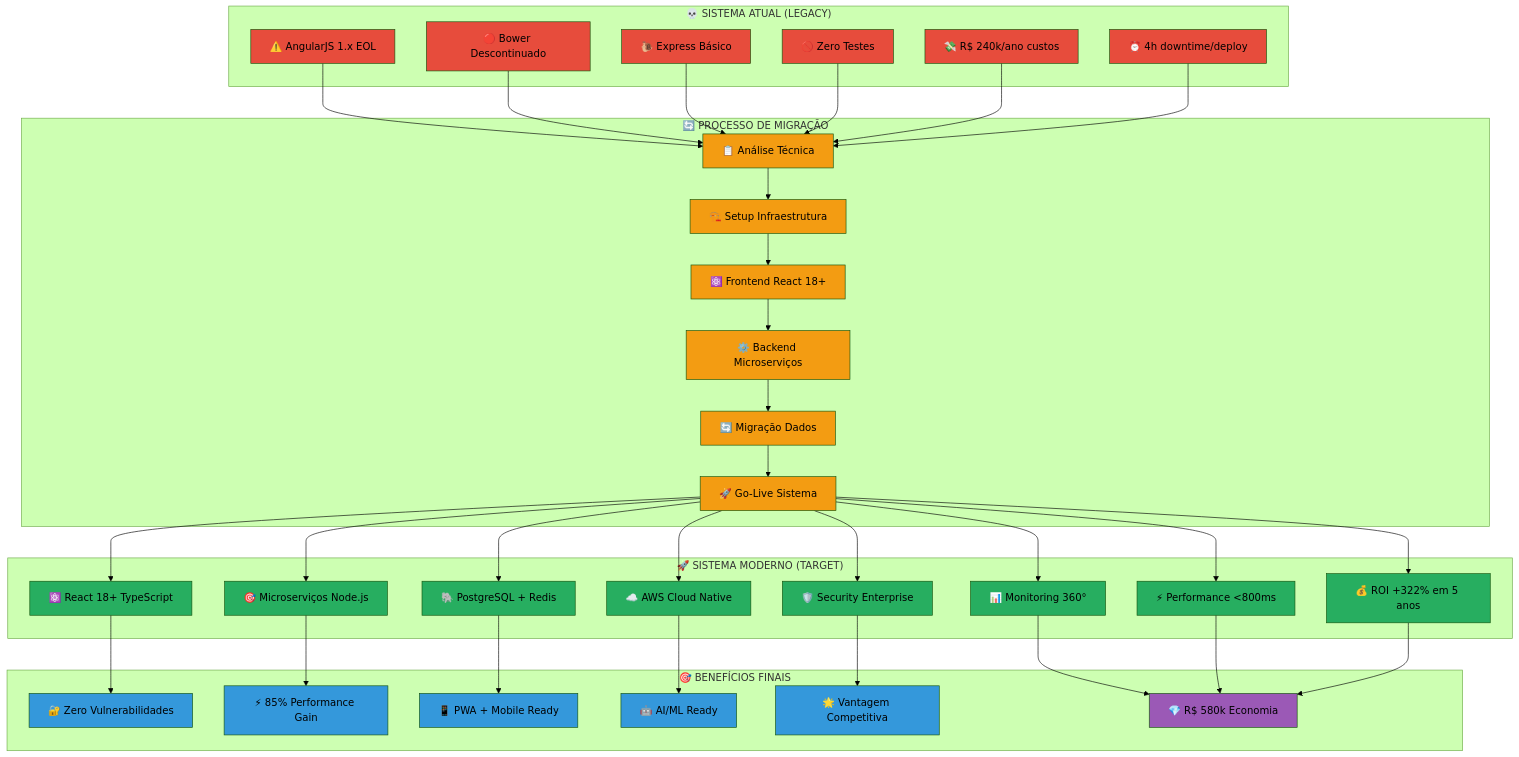
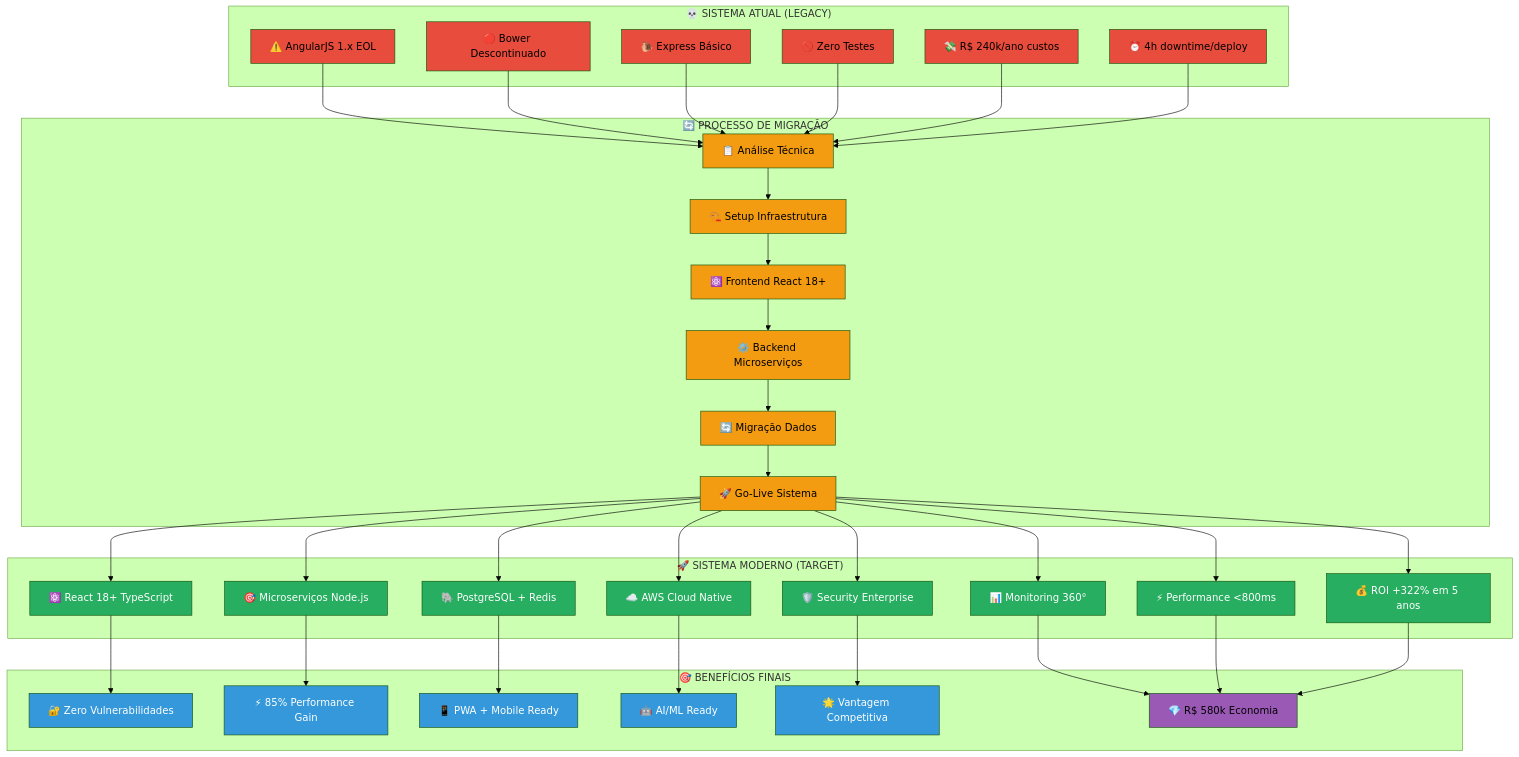
Before and after one commit to EduPereiraAlest/FocusTextil: the diagram in 01-Proposta/documentacao/diagrams.md, drawn with Mermaid (forest theme). The commit also changed 5 other files, not shown here.

First line of the commit message:
fix: Ajustar contraste do texto em fundos escuros dos diagramas

````diff
--- a/01-Proposta/documentacao/diagrams.md
+++ b/01-Proposta/documentacao/diagrams.md
@@ -85,18 +85,18 @@
 style J fill:#f39c12,color:#000000
 style K fill:#f39c12,color:#000000
 style L fill:#f39c12,color:#000000
-style M fill:#27ae60,color:#000000
-style N fill:#27ae60,color:#000000
-style O fill:#27ae60,color:#000000
-style P fill:#27ae60,color:#000000
-style Q fill:#27ae60,color:#000000
-style R fill:#27ae60,color:#000000
-style S fill:#27ae60,color:#000000
-style T fill:#27ae60,color:#000000
-style U fill:#3498db,color:#000000
-style V fill:#3498db,color:#000000
-style W fill:#3498db,color:#000000
-style X fill:#3498db,color:#000000
-style Y fill:#3498db,color:#000000
+style M fill:#27ae60,color:#ffffff
+style N fill:#27ae60,color:#ffffff
+style O fill:#27ae60,color:#ffffff
+style P fill:#27ae60,color:#ffffff
+style Q fill:#27ae60,color:#ffffff
+style R fill:#27ae60,color:#ffffff
+style S fill:#27ae60,color:#ffffff
+style T fill:#27ae60,color:#ffffff
+style U fill:#3498db,color:#ffffff
+style V fill:#3498db,color:#ffffff
+style W fill:#3498db,color:#ffffff
+style X fill:#3498db,color:#ffffff
+style Y fill:#3498db,color:#ffffff
 style Z fill:#9b59b6,color:#000000
 ```
````
